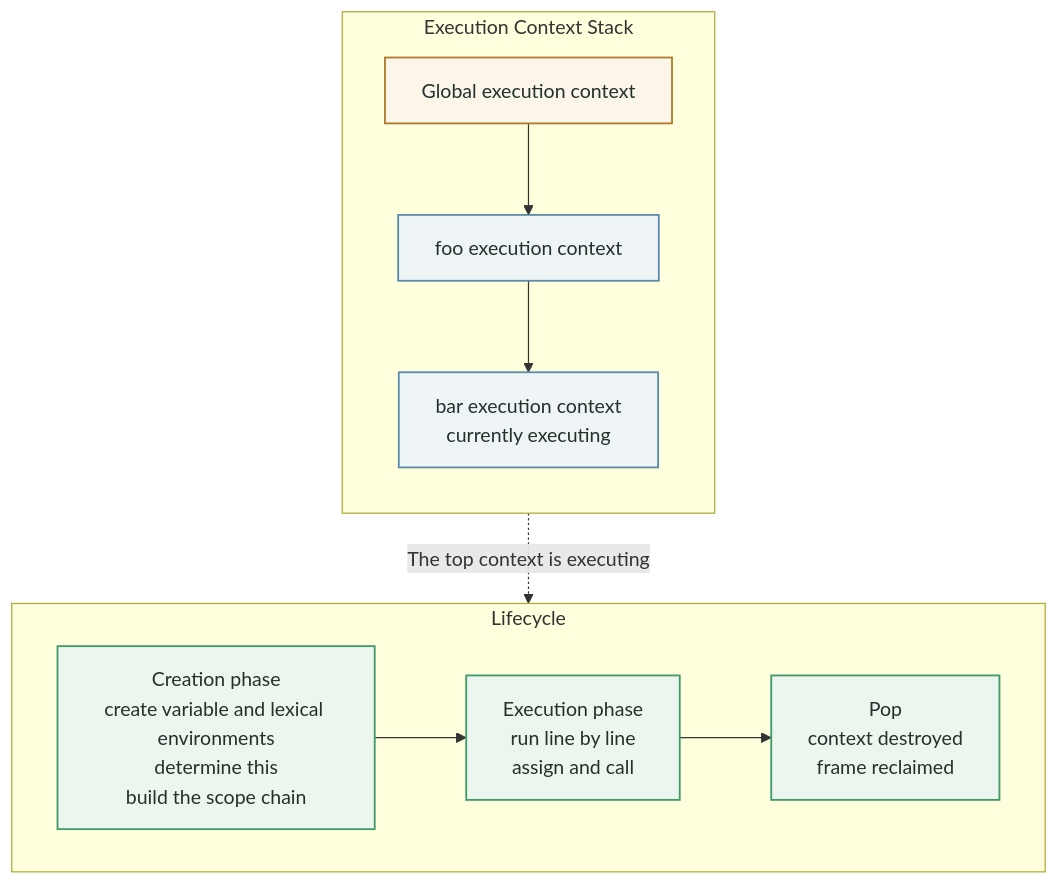
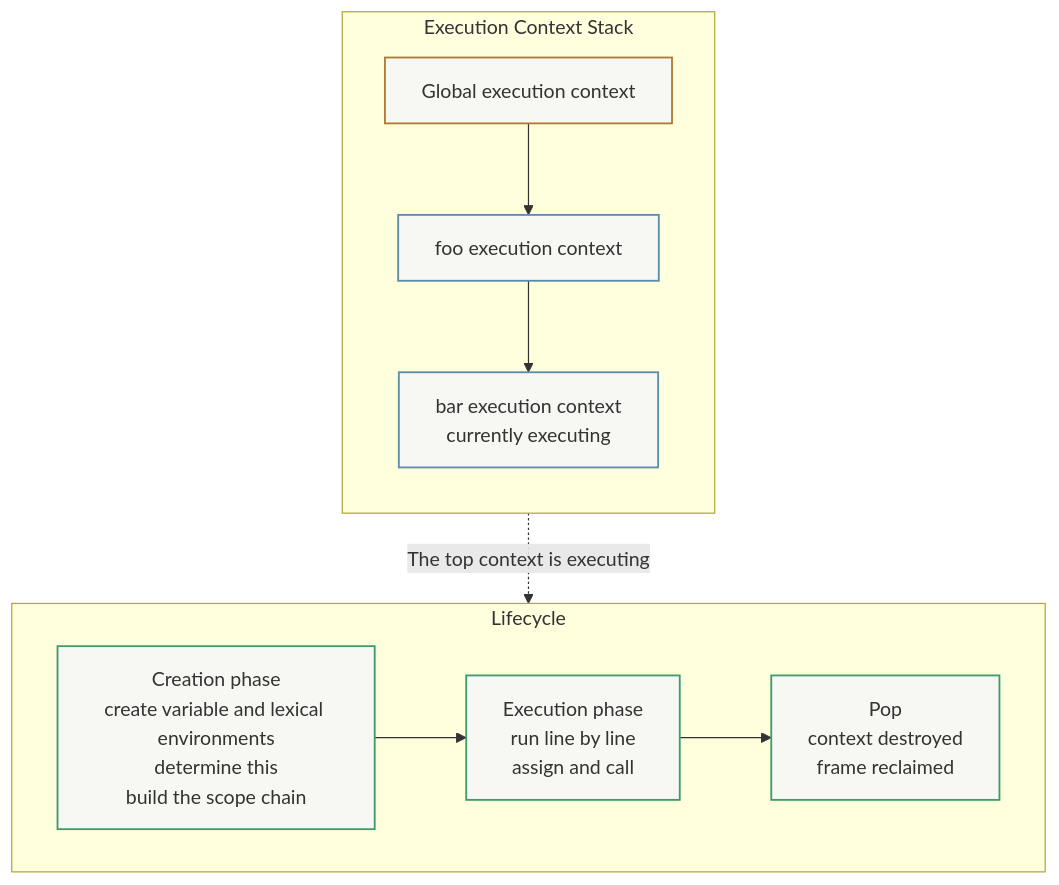
One commit to Fatejian/frontier-vault changed the first of 3 diagrams in docs/en/javascript/execution-context-closure.md. Above: the diagram before and after it, drawn with Mermaid. The commit also changed other lines of this file and 65 other files, not shown here.

First line of the commit message:
fix(theme): unify mermaid chart palette and remove solid core fills

````diff
--- a/docs/en/javascript/execution-context-closure.md
+++ b/docs/en/javascript/execution-context-closure.md
@@ -66,24 +66,24 @@
 ```mermaid
 flowchart TB
     subgraph Stack["Execution Context Stack"]
         direction TB
         S2["Global execution context"]
         S3["foo execution context"]
         S4["bar execution context<br/>currently executing"]
         S2 --> S3 --> S4
     end
 
     subgraph Lifecycle["Lifecycle"]
         direction LR
         L1["Creation phase<br/>create variable and lexical environments<br/>determine this<br/>build the scope chain"] --> L2["Execution phase<br/>run line by line<br/>assign and call"] --> L3["Pop<br/>context destroyed<br/>frame reclaimed"]
     end
 
     Stack -. "The top context is executing" .-> Lifecycle
 
-    classDef wait fill:#EFF5F7,stroke:#5B8CA8,color:#22322B,stroke-width:1.5px;
-    classDef block fill:#FBF5EA,stroke:#B27B2C,color:#22322B,stroke-width:1.5px;
-    classDef work fill:#EDF5EF,stroke:#3E9B6B,color:#22322B,stroke-width:1.5px;
+    classDef wait fill:#F7F7F3,stroke:#5B8CA8,stroke-width:1.5px;
+    classDef block fill:#F7F7F3,stroke:#B27B2C,stroke-width:1.5px;
+    classDef work fill:#F7F7F3,stroke:#3E9B6B,stroke-width:1.5px;
     class S3,S4 wait;
     class S2 block;
     class L1,L2,L3 work;
 ```
````
